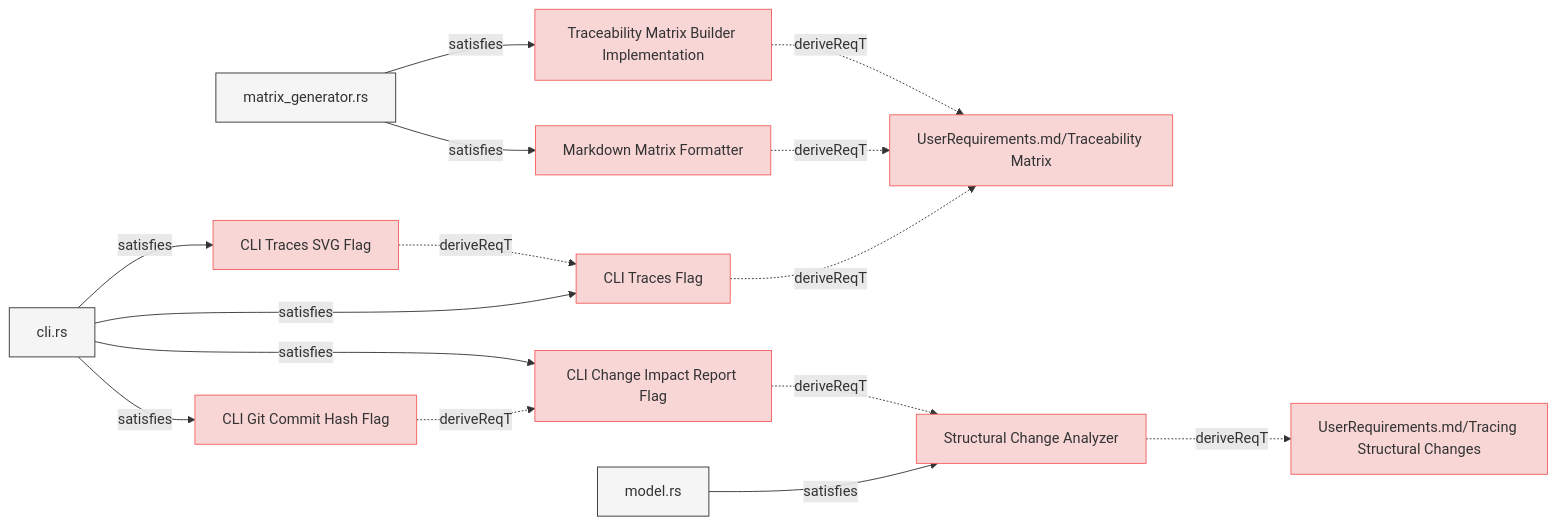
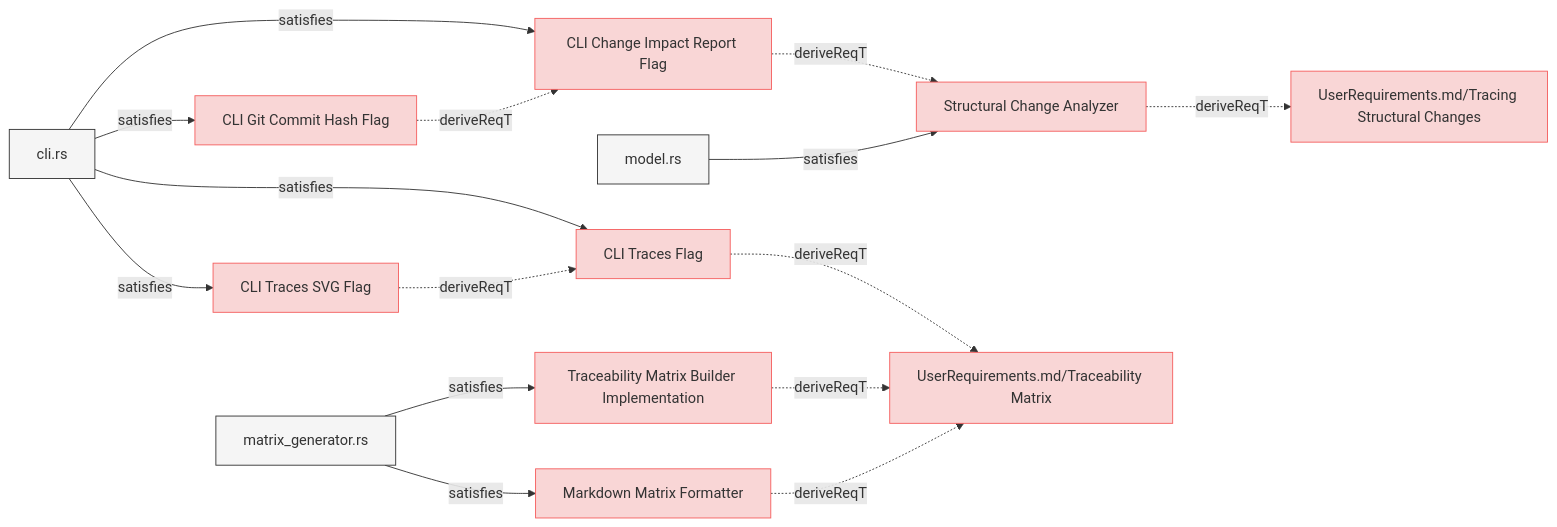
One commit to reqvire-org/reqvire changed the sixth of 8 diagrams in specifications/SystemRequirements/Requirements.md. Above: the diagram before and after it, drawn with Mermaid. The commit also changed other lines of this file and 16 other files, not shown here.

````diff
--- a/specifications/SystemRequirements/Requirements.md
+++ b/specifications/SystemRequirements/Requirements.md
@@ -728,59 +728,59 @@
 ```mermaid
 graph LR;
   %% Graph styling
   classDef requirement fill:#f9d6d6,stroke:#f55f5f,stroke-width:1px;
   classDef verification fill:#d6f9d6,stroke:#5fd75f,stroke-width:1px;
   classDef externalLink fill:#d0e0ff,stroke:#3080ff,stroke-width:1px;
   classDef default fill:#f5f5f5,stroke:#333333,stroke-width:1px;
 
-  a8066f495e5ed5dd["Traceability Matrix Builder Implementation"];
-  click a8066f495e5ed5dd "https://github.com/Reqvire/reqvire/blob/b8c43d2689b933838bf1838d8a4cdf3393c9014f/specifications/SystemRequirements/Requirements.md#traceability-matrix-builder-implementation";
-  class a8066f495e5ed5dd requirement;
+  c020978403254f09["CLI Change Impact Report Flag"];
+  click c020978403254f09 "https://github.com/Reqvire/reqvire/blob/92e82ef235559b4819fd85d700024b79b452d8e3/specifications/SystemRequirements/Requirements.md#cli-change-impact-report-flag";
+  class c020978403254f09 requirement;
+  48e08ff33bc860c5["Structural Change Analyzer"];
+  class 48e08ff33bc860c5 requirement;
+  click 48e08ff33bc860c5 "https://github.com/Reqvire/reqvire/blob/92e82ef235559b4819fd85d700024b79b452d8e3/specifications/SystemRequirements/Requirements.md#structural-change-analyzer";
+  c020978403254f09 -.->|deriveReqT| 48e08ff33bc860c5;
+  2f21d2133dbfd205["cli.rs"];
+  class 2f21d2133dbfd205 default;
+  click 2f21d2133dbfd205 "https://github.com/Reqvire/reqvire/blob/92e82ef235559b4819fd85d700024b79b452d8e3/cli/src/cli.rs";
+  2f21d2133dbfd205 -->|satisfies| c020978403254f09;
+  cdab2d3174ce86a9["CLI Traces Flag"];
+  click cdab2d3174ce86a9 "https://github.com/Reqvire/reqvire/blob/92e82ef235559b4819fd85d700024b79b452d8e3/specifications/SystemRequirements/Requirements.md#cli-traces-flag";
+  class cdab2d3174ce86a9 requirement;
   c5b8a7944b6943e2["UserRequirements.md/Traceability Matrix"];
   class c5b8a7944b6943e2 requirement;
-  click c5b8a7944b6943e2 "https://github.com/Reqvire/reqvire/blob/b8c43d2689b933838bf1838d8a4cdf3393c9014f/specifications/UserRequirements.md#traceability-matrix";
+  click c5b8a7944b6943e2 "https://github.com/Reqvire/reqvire/blob/92e82ef235559b4819fd85d700024b79b452d8e3/specifications/UserRequirements.md#traceability-matrix";
+  cdab2d3174ce86a9 -.->|deriveReqT| c5b8a7944b6943e2;
+  2f21d2133dbfd205 -->|satisfies| cdab2d3174ce86a9;
+  a0943a440707d910["CLI Traces SVG Flag"];
+  click a0943a440707d910 "https://github.com/Reqvire/reqvire/blob/92e82ef235559b4819fd85d700024b79b452d8e3/specifications/SystemRequirements/Requirements.md#cli-traces-svg-flag";
+  class a0943a440707d910 requirement;
+  a0943a440707d910 -.->|deriveReqT| cdab2d3174ce86a9;
+  2f21d2133dbfd205 -->|satisfies| a0943a440707d910;
+  79259d512a5c44a6["CLI Git Commit Hash Flag"];
+  click 79259d512a5c44a6 "https://github.com/Reqvire/reqvire/blob/92e82ef235559b4819fd85d700024b79b452d8e3/specifications/SystemRequirements/Requirements.md#cli-git-commit-hash-flag";
+  class 79259d512a5c44a6 requirement;
+  79259d512a5c44a6 -.->|deriveReqT| c020978403254f09;
+  2f21d2133dbfd205 -->|satisfies| 79259d512a5c44a6;
+  9b9c33c7182d6eeb["UserRequirements.md/Tracing Structural Changes"];
+  class 9b9c33c7182d6eeb requirement;
+  click 9b9c33c7182d6eeb "https://github.com/Reqvire/reqvire/blob/92e82ef235559b4819fd85d700024b79b452d8e3/specifications/UserRequirements.md#tracing-structural-changes";
+  48e08ff33bc860c5 -.->|deriveReqT| 9b9c33c7182d6eeb;
+  76acbdfdc0fba01e["model.rs"];
+  class 76acbdfdc0fba01e default;
+  click 76acbdfdc0fba01e "https://github.com/Reqvire/reqvire/blob/92e82ef235559b4819fd85d700024b79b452d8e3/core/src/change_impact.rs";
+  76acbdfdc0fba01e -->|satisfies| 48e08ff33bc860c5;
+  a8066f495e5ed5dd["Traceability Matrix Builder Implementation"];
+  click a8066f495e5ed5dd "https://github.com/Reqvire/reqvire/blob/92e82ef235559b4819fd85d700024b79b452d8e3/specifications/SystemRequirements/Requirements.md#traceability-matrix-builder-implementation";
+  class a8066f495e5ed5dd requirement;
   a8066f495e5ed5dd -.->|deriveReqT| c5b8a7944b6943e2;
   4966ff561112ec56["matrix_generator.rs"];
   class 4966ff561112ec56 default;
-  click 4966ff561112ec56 "https://github.com/Reqvire/reqvire/blob/b8c43d2689b933838bf1838d8a4cdf3393c9014f/core/src/matrix_generator.rs";
+  click 4966ff561112ec56 "https://github.com/Reqvire/reqvire/blob/92e82ef235559b4819fd85d700024b79b452d8e3/core/src/matrix_generator.rs";
   4966ff561112ec56 -->|satisfies| a8066f495e5ed5dd;
-  c020978403254f09["CLI Change Impact Report Flag"];
-  click c020978403254f09 "https://github.com/Reqvire/reqvire/blob/b8c43d2689b933838bf1838d8a4cdf3393c9014f/specifications/SystemRequirements/Requirements.md#cli-change-impact-report-flag";
-  class c020978403254f09 requirement;
-  48e08ff33bc860c5["Structural Change Analyzer"];
-  class 48e08ff33bc860c5 requirement;
-  click 48e08ff33bc860c5 "https://github.com/Reqvire/reqvire/blob/b8c43d2689b933838bf1838d8a4cdf3393c9014f/specifications/SystemRequirements/Requirements.md#structural-change-analyzer";
-  c020978403254f09 -.->|deriveReqT| 48e08ff33bc860c5;
-  2f21d2133dbfd205["cli.rs"];
-  class 2f21d2133dbfd205 default;
-  click 2f21d2133dbfd205 "https://github.com/Reqvire/reqvire/blob/b8c43d2689b933838bf1838d8a4cdf3393c9014f/cli/src/cli.rs";
-  2f21d2133dbfd205 -->|satisfies| c020978403254f09;
-  9b9c33c7182d6eeb["UserRequirements.md/Tracing Structural Changes"];
-  class 9b9c33c7182d6eeb requirement;
-  click 9b9c33c7182d6eeb "https://github.com/Reqvire/reqvire/blob/b8c43d2689b933838bf1838d8a4cdf3393c9014f/specifications/UserRequirements.md#tracing-structural-changes";
-  48e08ff33bc860c5 -.->|deriveReqT| 9b9c33c7182d6eeb;
-  76acbdfdc0fba01e["model.rs"];
-  class 76acbdfdc0fba01e default;
-  click 76acbdfdc0fba01e "https://github.com/Reqvire/reqvire/blob/b8c43d2689b933838bf1838d8a4cdf3393c9014f/core/src/change_impact.rs";
-  76acbdfdc0fba01e -->|satisfies| 48e08ff33bc860c5;
   3b2f98c43f1ed3bb["Markdown Matrix Formatter"];
-  click 3b2f98c43f1ed3bb "https://github.com/Reqvire/reqvire/blob/b8c43d2689b933838bf1838d8a4cdf3393c9014f/specifications/SystemRequirements/Requirements.md#markdown-matrix-formatter";
+  click 3b2f98c43f1ed3bb "https://github.com/Reqvire/reqvire/blob/92e82ef235559b4819fd85d700024b79b452d8e3/specifications/SystemRequirements/Requirements.md#markdown-matrix-formatter";
   class 3b2f98c43f1ed3bb requirement;
   3b2f98c43f1ed3bb -.->|deriveReqT| c5b8a7944b6943e2;
   4966ff561112ec56 -->|satisfies| 3b2f98c43f1ed3bb;
-  a0943a440707d910["CLI Traces SVG Flag"];
-  click a0943a440707d910 "https://github.com/Reqvire/reqvire/blob/b8c43d2689b933838bf1838d8a4cdf3393c9014f/specifications/SystemRequirements/Requirements.md#cli-traces-svg-flag";
-  class a0943a440707d910 requirement;
-  cdab2d3174ce86a9["CLI Traces Flag"];
-  class cdab2d3174ce86a9 requirement;
-  click cdab2d3174ce86a9 "https://github.com/Reqvire/reqvire/blob/b8c43d2689b933838bf1838d8a4cdf3393c9014f/specifications/SystemRequirements/Requirements.md#cli-traces-flag";
-  a0943a440707d910 -.->|deriveReqT| cdab2d3174ce86a9;
-  2f21d2133dbfd205 -->|satisfies| a0943a440707d910;
-  79259d512a5c44a6["CLI Git Commit Hash Flag"];
-  click 79259d512a5c44a6 "https://github.com/Reqvire/reqvire/blob/b8c43d2689b933838bf1838d8a4cdf3393c9014f/specifications/SystemRequirements/Requirements.md#cli-git-commit-hash-flag";
-  class 79259d512a5c44a6 requirement;
-  79259d512a5c44a6 -.->|deriveReqT| c020978403254f09;
-  2f21d2133dbfd205 -->|satisfies| 79259d512a5c44a6;
-  cdab2d3174ce86a9 -.->|deriveReqT| c5b8a7944b6943e2;
-  2f21d2133dbfd205 -->|satisfies| cdab2d3174ce86a9;
 ```
````
